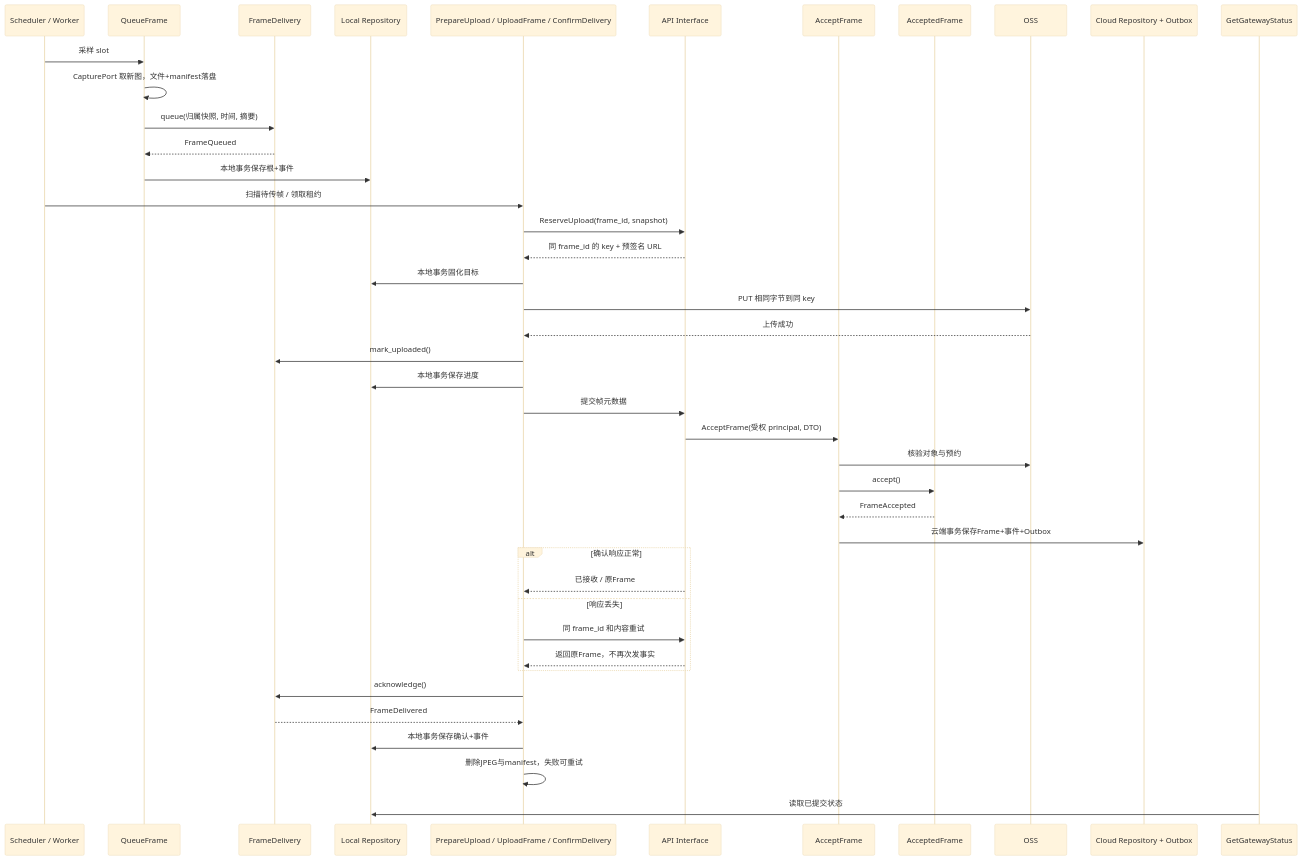
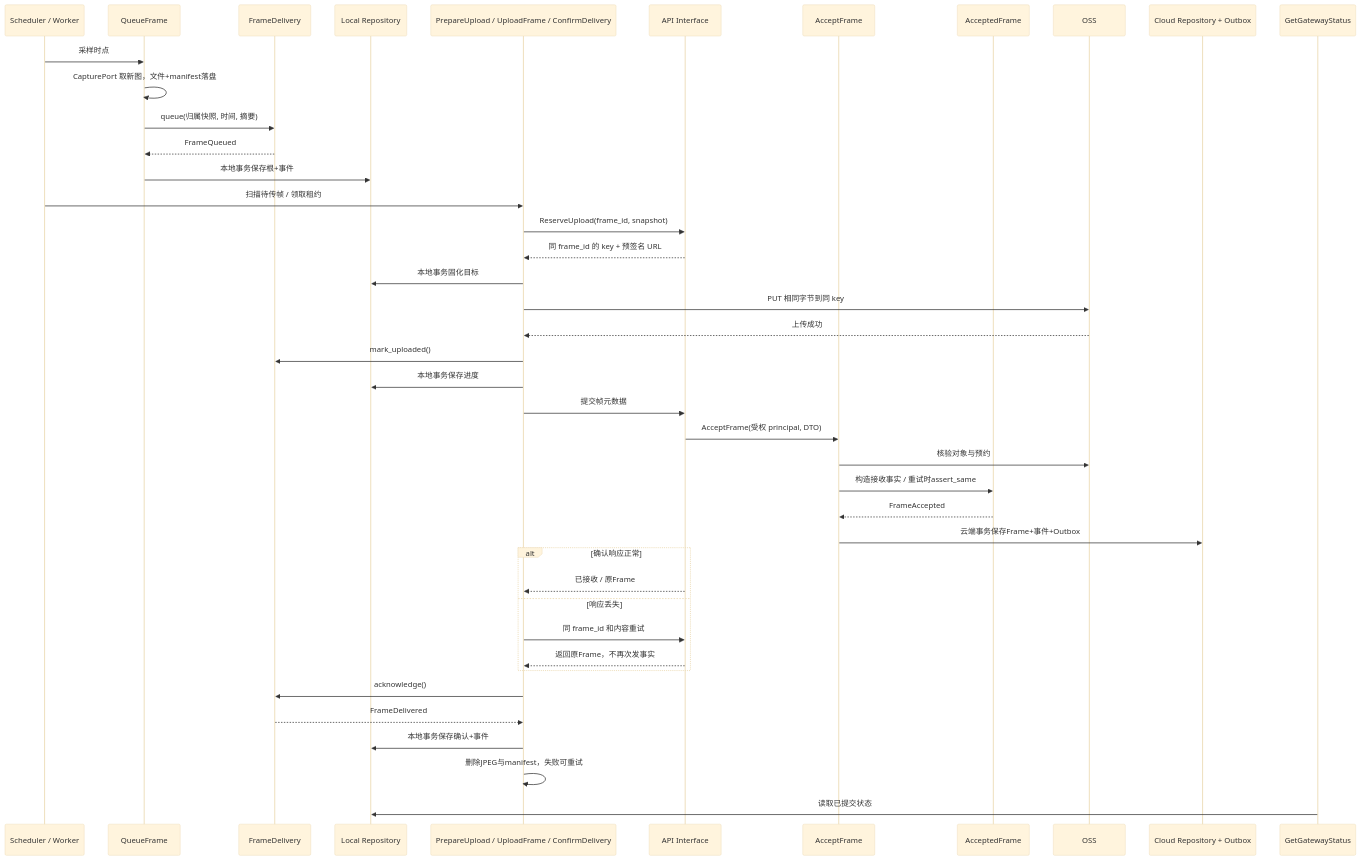
The sixth of 8 diagrams in docs/technical/design-gateway.md (johanchow/duxue), drawn with Mermaid (base theme) before and after one commit. The commit also changed other lines of this file and 62 other files, not shown here.

````diff
--- a/docs/technical/design-gateway.md
+++ b/docs/technical/design-gateway.md
@@ -352,44 +392,44 @@
 ```mermaid
 sequenceDiagram
     participant T as Scheduler / Worker
     participant Q as QueueFrame
     participant F as FrameDelivery
     participant DB as Local Repository
     participant U as PrepareUpload / UploadFrame / ConfirmDelivery
     participant API as API Interface
     participant A as AcceptFrame
     participant R as AcceptedFrame
     participant O as OSS
     participant CDB as Cloud Repository + Outbox
     participant V as GetGatewayStatus
-    T->>Q: 采样 slot
+    T->>Q: 采样时点
     Q->>Q: CapturePort 取新图，文件+manifest落盘
     Q->>F: queue(归属快照, 时间, 摘要)
     F-->>Q: FrameQueued
     Q->>DB: 本地事务保存根+事件
     T->>U: 扫描待传帧 / 领取租约
     U->>API: ReserveUpload(frame_id, snapshot)
     API-->>U: 同 frame_id 的 key + 预签名 URL
     U->>DB: 本地事务固化目标
     U->>O: PUT 相同字节到同 key
     O-->>U: 上传成功
     U->>F: mark_uploaded()
     U->>DB: 本地事务保存进度
     U->>API: 提交帧元数据
     API->>A: AcceptFrame(受权 principal, DTO)
     A->>O: 核验对象与预约
-    A->>R: accept()
+    A->>R: 构造接收事实 / 重试时assert_same
     R-->>A: FrameAccepted
     A->>CDB: 云端事务保存Frame+事件+Outbox
     alt 确认响应正常
         API-->>U: 已接收 / 原Frame
     else 响应丢失
         U->>API: 同 frame_id 和内容重试
         API-->>U: 返回原Frame，不再次发事实
     end
     U->>F: acknowledge()
     F-->>U: FrameDelivered
     U->>DB: 本地事务保存确认+事件
     U->>U: 删除JPEG与manifest，失败可重试
     V->>DB: 读取已提交状态
 ```
````
